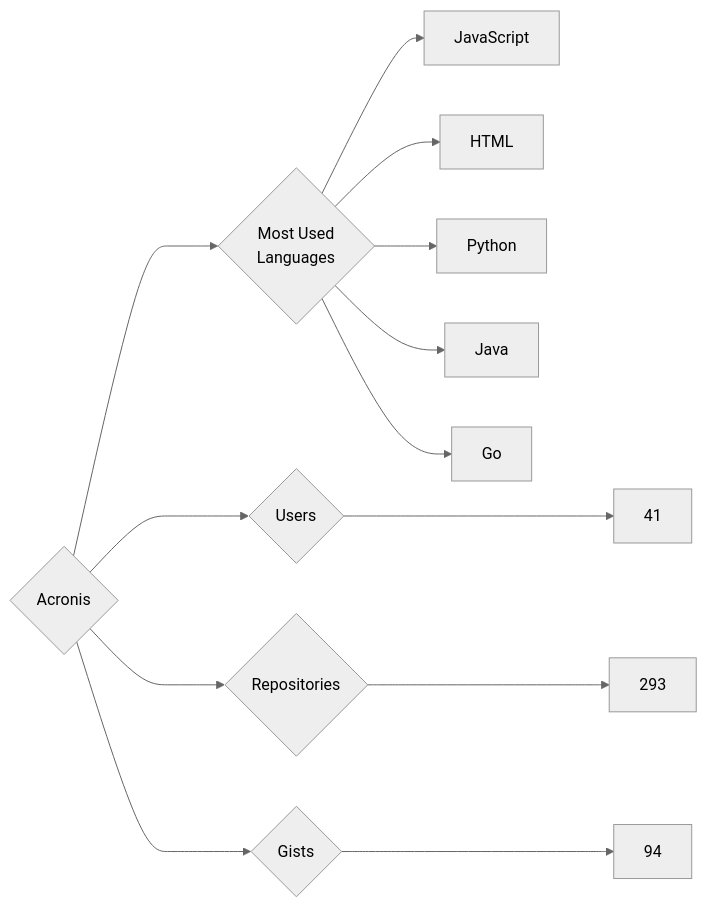
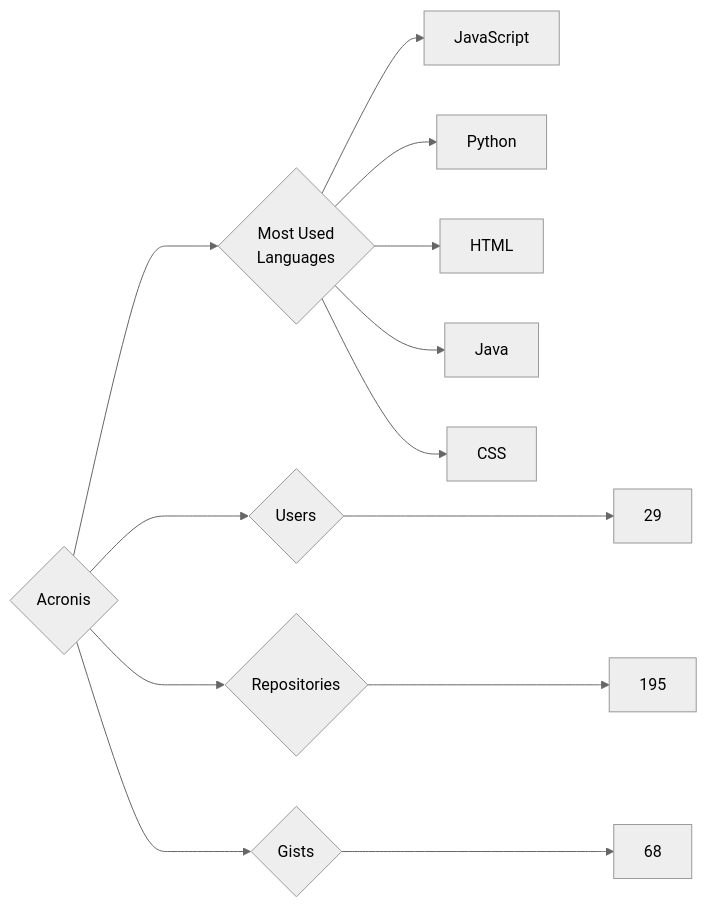
The diagram in targets/Acronis/README.md (trickest/insiders), drawn with Mermaid (neutral theme) before and after one commit. The commit also changed 633 other files, not shown here.

````diff
--- a/targets/Acronis/README.md
+++ b/targets/Acronis/README.md
@@ -3,13 +3,13 @@
 ```mermaid
 graph LR
 COMPANY_NAME{Acronis}
-COMPANY_NAME ---> U{Users} ---> UN[41]
-COMPANY_NAME ---> R{Repositories} ---> RN[293]
-COMPANY_NAME ---> G{Gists} ---> GN[94]
+COMPANY_NAME ---> U{Users} ---> UN[29]
+COMPANY_NAME ---> R{Repositories} ---> RN[195]
+COMPANY_NAME ---> G{Gists} ---> GN[68]
 COMPANY_NAME ---> ML{Most Used<br>Languages}
 ML --> JavaScript[JavaScript]
+ML --> Python[Python]
 ML --> HTML[HTML]
-ML --> Python[Python]
 ML --> Java[Java]
-ML --> Go[Go]
+ML --> CSS[CSS]
 ```
````
